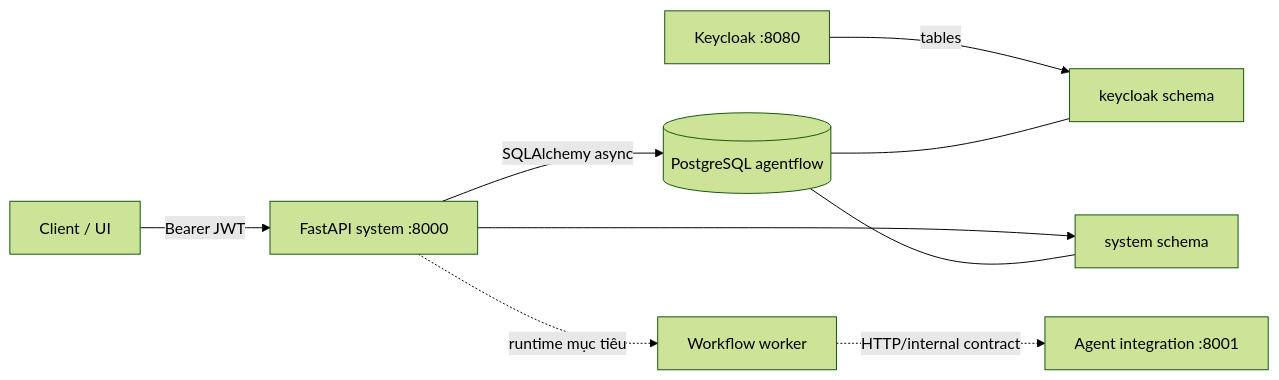
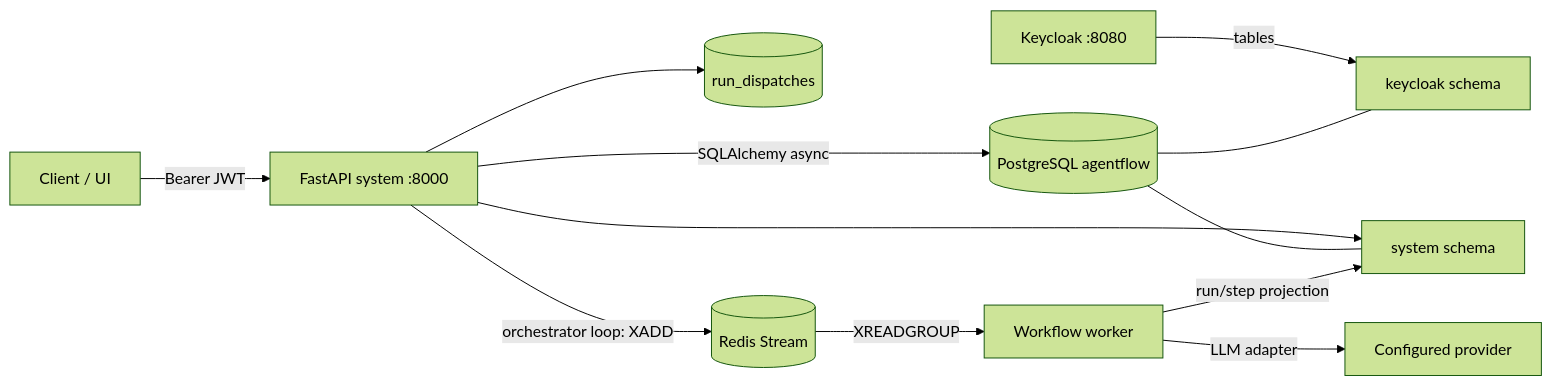
One commit to ndthangit/AgentFlow changed the first of 3 diagrams in docs/workflow-execution.md. Above: the diagram before and after it, drawn with Mermaid (forest theme). The commit also changed other lines of this file and 57 other files, not shown here.

First line of the commit message:
feat: Implement Redis Streams queue for workflow run dispatch

````diff
--- a/docs/workflow-execution.md
+++ b/docs/workflow-execution.md
@@ -20,11 +22,14 @@
 ```mermaid
 flowchart LR
     UI[Client / UI] -->|Bearer JWT| API[FastAPI system :8000]
     API -->|SQLAlchemy async| PG[(PostgreSQL agentflow)]
     KC[Keycloak :8080] -->|tables| KCS[keycloak schema]
     API --> SYS[system schema]
     PG --- KCS
     PG --- SYS
-    API -. runtime mục tiêu .-> WORKER[Workflow worker]
-    WORKER -. HTTP/internal contract .-> AGENT[Agent integration :8001]
+    API --> OUTBOX[(run_dispatches)]
+    API -->|orchestrator loop: XADD| REDIS[(Redis Stream)]
+    REDIS -->|XREADGROUP| WORKER[Workflow worker]
+    WORKER -->|run/step projection| SYS
+    WORKER -->|LLM adapter| LLM[Configured provider]
 ```
````
